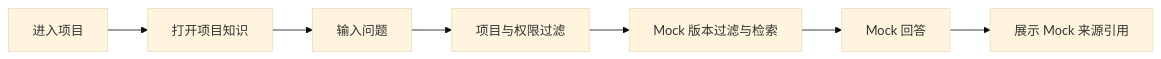
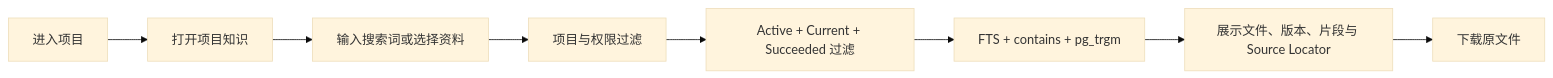
Before and after one commit to 27ruien/ProjectAI: the third of 4 diagrams in docs/USER_FLOWS.md, drawn with Mermaid (base theme). The commit also changed other lines of this file and 87 other files, not shown here.

````diff
--- a/docs/USER_FLOWS.md
+++ b/docs/USER_FLOWS.md
@@ -55,9 +60,10 @@
 ```mermaid
 flowchart LR
   A["进入项目"] --> B["打开项目知识"]
-  B --> C["输入问题"]
+  B --> C["输入搜索词或选择资料"]
   C --> D["项目与权限过滤"]
-  D --> E["Mock 版本过滤与检索"]
-  E --> F["Mock 回答"]
-  F --> G["展示 Mock 来源引用"]
+  D --> E["Active + Current + Succeeded 过滤"]
+  E --> F["FTS + contains + pg_trgm"]
+  F --> G["展示文件、版本、片段与 Source Locator"]
+  G --> H["下载原文件"]
 ```
````
